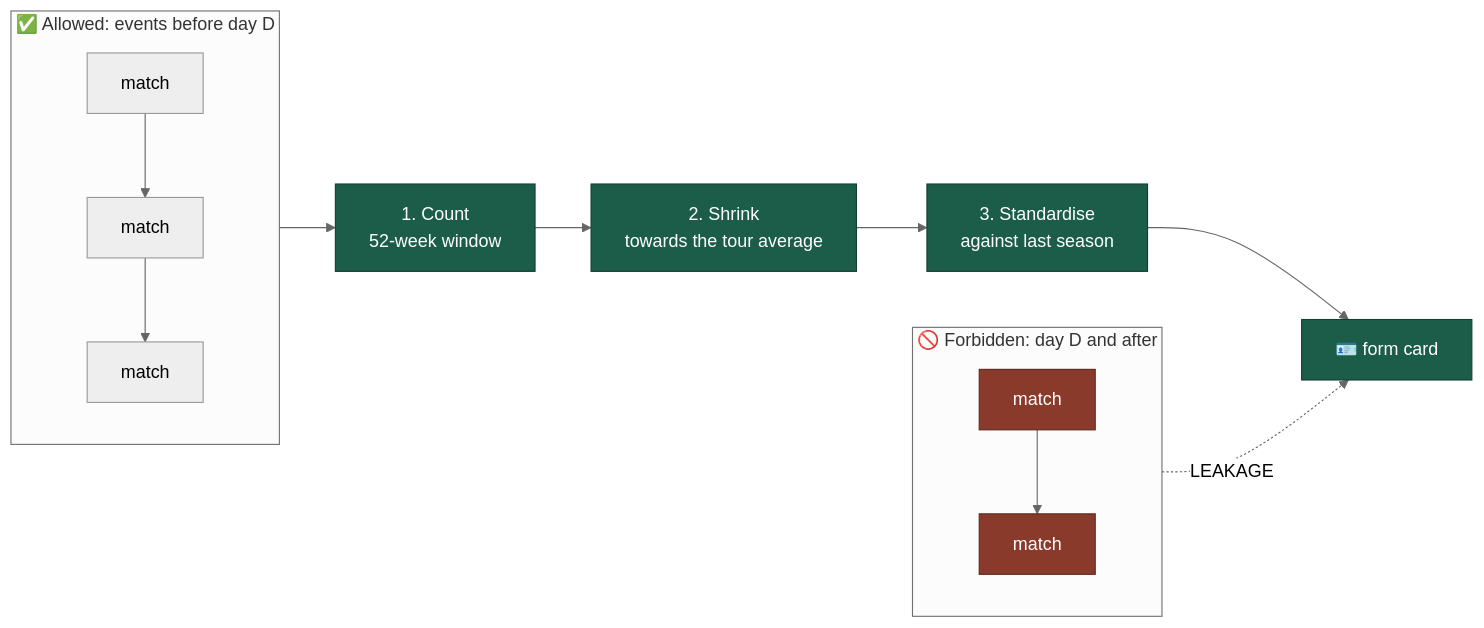
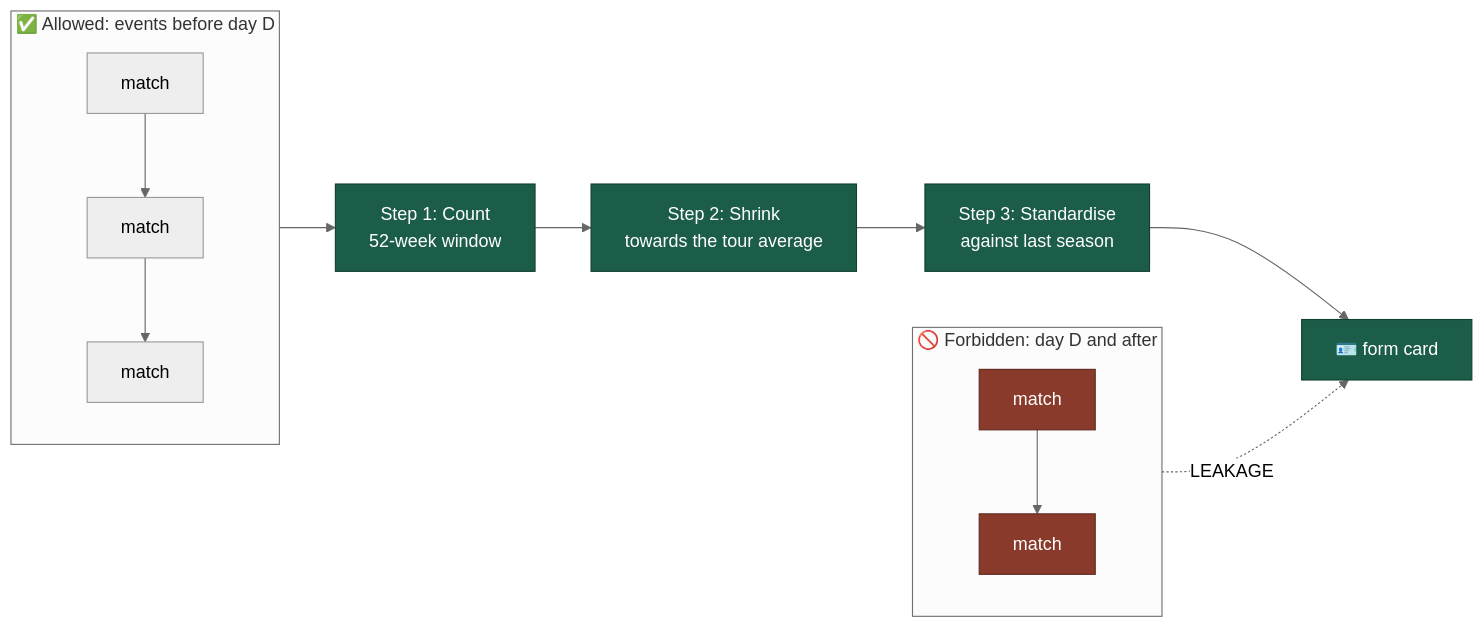
The second of 5 diagrams in DESIGN_2.0.md (MacMac2070/atp-tennis-simulator), drawn with Mermaid (neutral theme) before and after one commit. The commit also changed other lines of this file and 17 other files, not shown here.

````diff
--- a/DESIGN_2.0.md
+++ b/DESIGN_2.0.md
@@ -55,16 +55,16 @@
 ```mermaid
 flowchart LR
     subgraph past["✅ Allowed: events before day D"]
         M1["match"] --> M2["match"] --> M3["match"]
     end
     subgraph future["🚫 Forbidden: day D and after"]
         F1["match"] --> F2["match"]
     end
-    past --> CNT["1. Count<br/>52-week window"] --> SHR["2. Shrink<br/>towards the tour average"] --> STD["3. Standardise<br/>against last season"] --> CARD["🪪 form card"]
+    past --> CNT["Step 1: Count<br/>52-week window"] --> SHR["Step 2: Shrink<br/>towards the tour average"] --> STD["Step 3: Standardise<br/>against last season"] --> CARD["🪪 form card"]
     future -.->|"LEAKAGE"| CARD
 
     classDef ok fill:#1c5d4a,stroke:#123f32,color:#fff
     classDef bad fill:#8a3a2a,stroke:#5e281d,color:#fff
     class CNT,SHR,STD,CARD ok
     class F1,F2 bad
 ```
````
